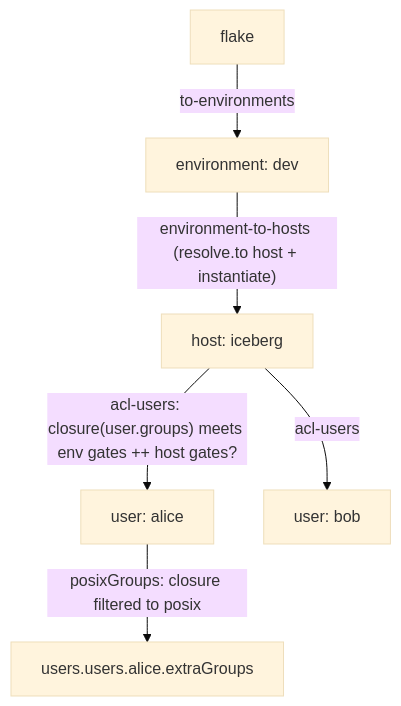
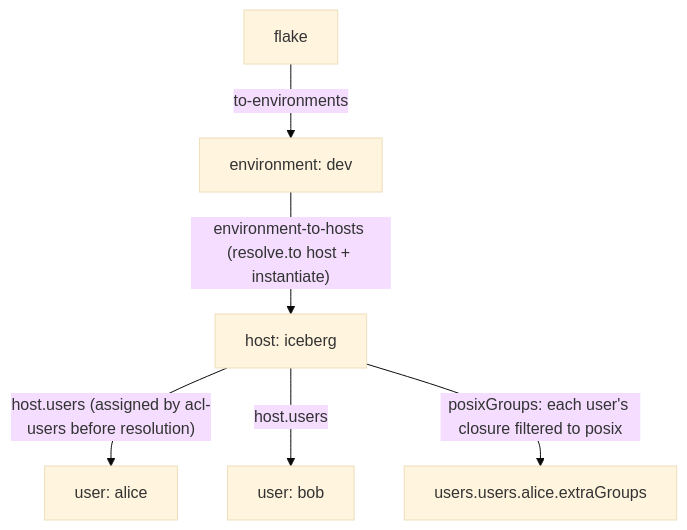
Before and after one commit to denful/den: the first of 2 diagrams in docs/src/content/docs/guides/acl-environments.mdx, drawn with Mermaid (base theme). The commit also changed other lines of this file and 25 other files, not shown here.

First line of the commit message:
docs(users): document the user registry and migrate fleet-demo to it

````diff
--- a/docs/src/content/docs/guides/acl-environments.mdx
+++ b/docs/src/content/docs/guides/acl-environments.mdx
@@ -79,8 +79,8 @@
 ```mermaid
 flowchart TB
   F["flake"] -- "to-environments" --> E["environment: dev"]
   E -- "environment-to-hosts (resolve.to host + instantiate)" --> H["host: iceberg"]
-  H -- "acl-users: closure(user.groups) meets env gates ++ host gates?" --> U1["user: alice"]
-  H -- "acl-users" --> U2["user: bob"]
-  U1 -- "posixGroups: closure filtered to posix" --> G["users.users.alice.extraGroups"]
+  H -- "host.users (assigned by acl-users before resolution)" --> U1["user: alice"]
+  H -- "host.users" --> U2["user: bob"]
+  H -- "posixGroups: each user's closure filtered to posix" --> G["users.users.alice.extraGroups"]
 ```
````
